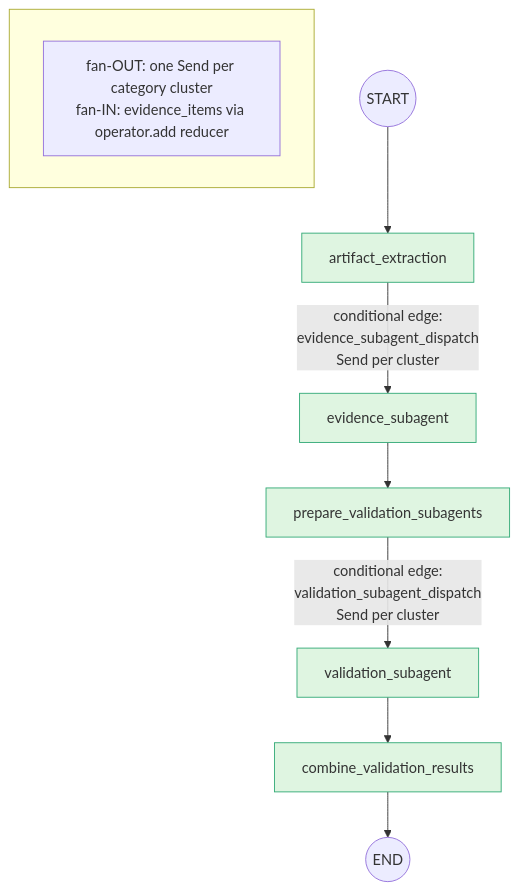
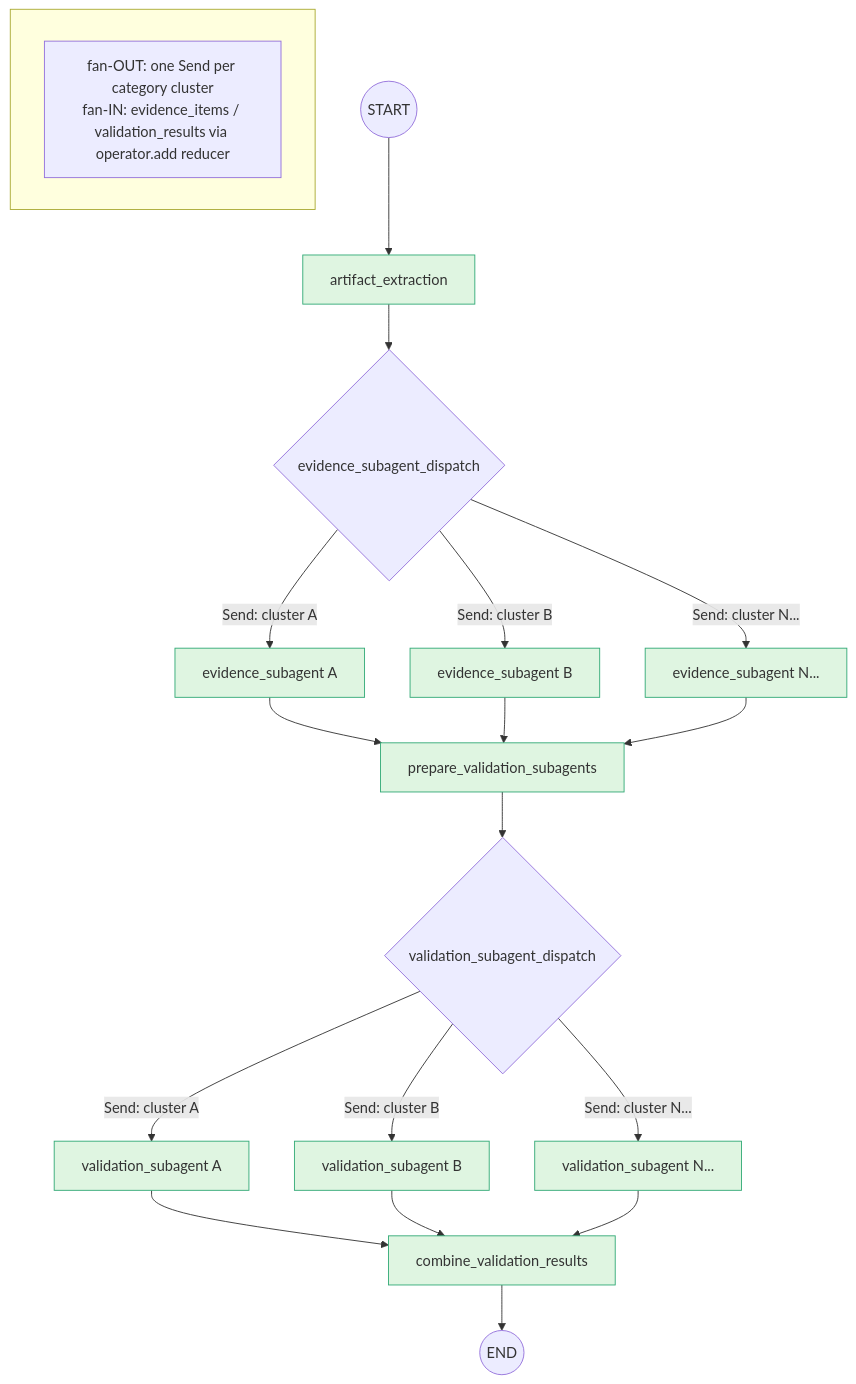
Before and after one commit to Tobidevs/compliance-agent: the second of 6 diagrams in README.md, drawn with Mermaid. The commit also changed 14 other files, not shown here.

````diff
--- a/README.md
+++ b/README.md
@@ -106,21 +106,33 @@
 ```mermaid
 flowchart TD
     START((START)) --> AE[artifact_extraction]
 
-    AE -->|conditional edge:\nevidence_subagent_dispatch\nSend per cluster| ES[evidence_subagent]
+    AE --> D1{evidence_subagent_dispatch}
 
-    ES --> PV[prepare_validation_subagents]
+    D1 -->|"Send: cluster A"| ESA[evidence_subagent A]
+    D1 -->|"Send: cluster B"| ESB[evidence_subagent B]
+    D1 -->|"Send: cluster N..."| ESN[evidence_subagent N...]
 
-    PV -->|conditional edge:\nvalidation_subagent_dispatch\nSend per cluster| VS[validation_subagent]
+    ESA --> PV[prepare_validation_subagents]
+    ESB --> PV
+    ESN --> PV
 
-    VS --> CV[combine_validation_results]
+    PV --> D2{validation_subagent_dispatch}
+
+    D2 -->|"Send: cluster A"| VSA[validation_subagent A]
+    D2 -->|"Send: cluster B"| VSB[validation_subagent B]
+    D2 -->|"Send: cluster N..."| VSN[validation_subagent N...]
+
+    VSA --> CV[combine_validation_results]
+    VSB --> CV
+    VSN --> CV
     CV --> END((END))
 
     subgraph note1[" "]
         direction LR
-        N1["fan-OUT: one Send per category cluster<br/>fan-IN: evidence_items via operator.add reducer"]
+        N1["fan-OUT: one Send per category cluster<br/>fan-IN: evidence_items / validation_results via operator.add reducer"]
     end
 
     classDef active fill:#dff5e1,stroke:#3a7;
-    class AE,ES,PV,VS,CV active;
+    class AE,ESA,ESB,ESN,PV,VSA,VSB,VSN,CV active;
 ```
````
